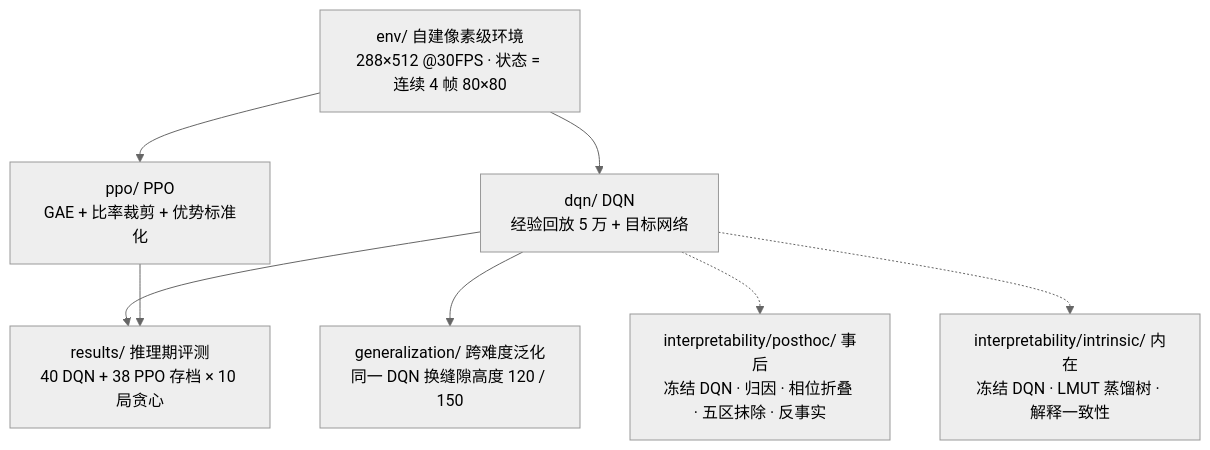
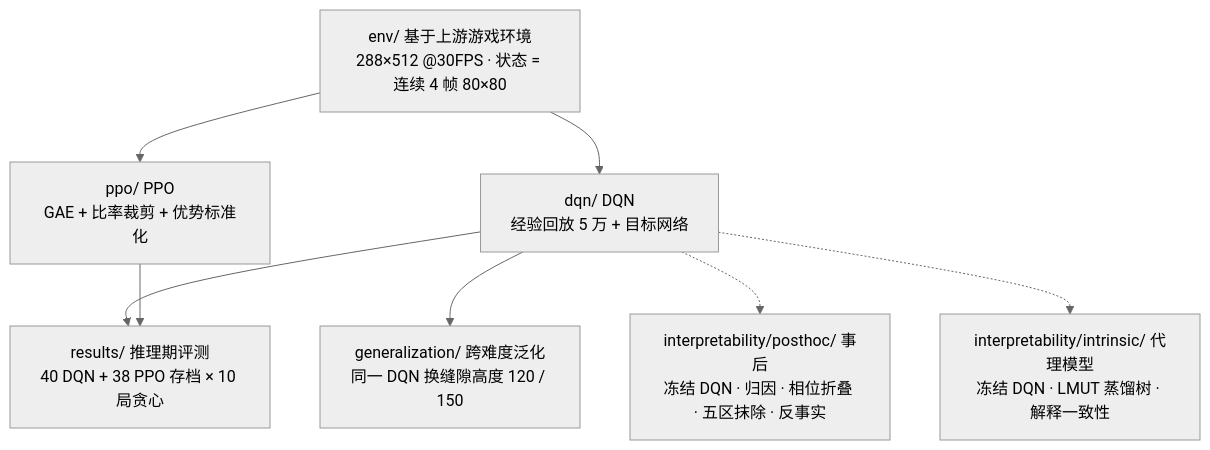
The diagram in README.md (mxzl1089/flappy-bird-interpretability), drawn with Mermaid (neutral theme) before and after one commit. The commit also changed other lines of this file and 6 other files, not shown here.

````diff
--- a/README.md
+++ b/README.md
@@ -15,11 +15,11 @@
 ```mermaid
 flowchart TD
-    ENV["env/ 自建像素级环境<br/>288×512 @30FPS · 状态 = 连续 4 帧 80×80"]
+    ENV["env/ 基于上游游戏环境<br/>288×512 @30FPS · 状态 = 连续 4 帧 80×80"]
     ENV --> DQN["dqn/ DQN<br/>经验回放 5 万 + 目标网络"]
     ENV --> PPO["ppo/ PPO<br/>GAE + 比率裁剪 + 优势标准化"]
     DQN --> RES["results/ 推理期评测<br/>40 DQN + 38 PPO 存档 × 10 局贪心"]
     PPO --> RES
     DQN --> GEN["generalization/ 跨难度泛化<br/>同一 DQN 换缝隙高度 120 / 150"]
     DQN -.-> PH["interpretability/posthoc/ 事后<br/>冻结 DQN · 归因 · 相位折叠 · 五区抹除 · 反事实"]
-    DQN -.-> IN["interpretability/intrinsic/ 内在<br/>冻结 DQN · LMUT 蒸馏树 · 解释一致性"]
+    DQN -.-> IN["interpretability/intrinsic/ 代理模型<br/>冻结 DQN · LMUT 蒸馏树 · 解释一致性"]
 ```
````
